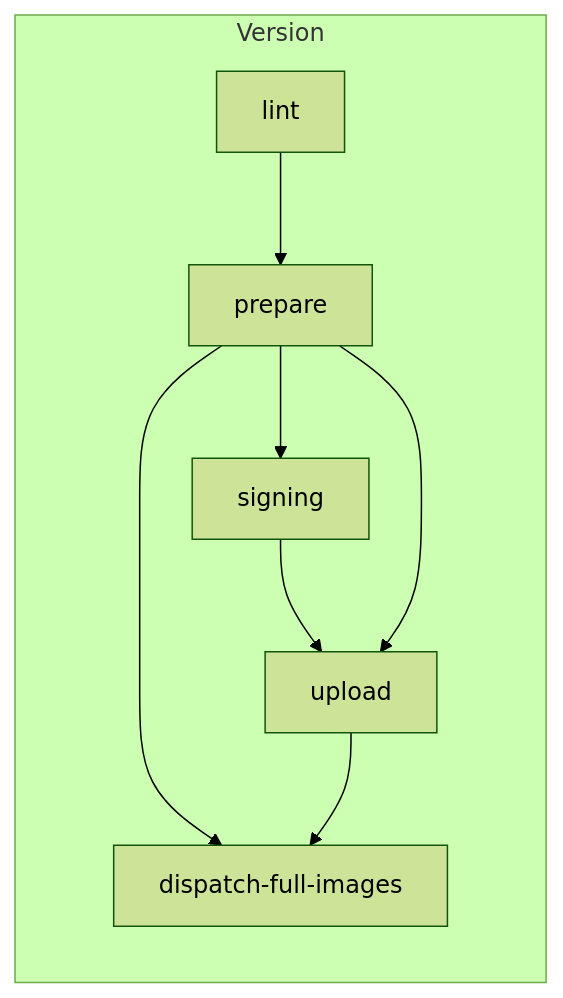
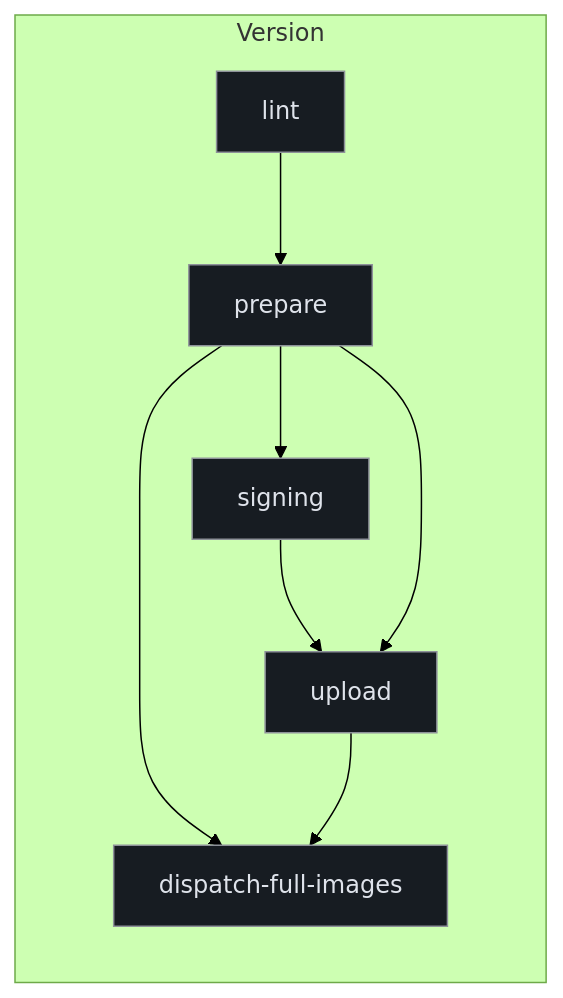
One commit to kumarshaz/atruss-code-atlas changed the second of 2 diagrams in exports/latest/reports/home-assistant-version-report.md. Above: the diagram before and after it, drawn with Mermaid (forest theme). The commit also changed other lines of this file and 331 other files, not shown here.

Commit message:
docs,ui,fix: update SDLC docs, reorder CI/CD DAG first, stylize Mermaid, and fix Arc42 pipeline topology

````diff
--- a/exports/latest/reports/home-assistant-version-report.md
+++ b/exports/latest/reports/home-assistant-version-report.md
@@ -67,17 +71,24 @@
 ```mermaid
 graph TD;
+  classDef atlasRoot fill:#004882,stroke:#a3c9ff,stroke-width:2px,color:#d3e4ff
+  classDef atlasCategory fill:#212428,stroke:#E87A48,stroke-width:1.5px,color:#dfe3eb
+  classDef atlasWorkflow fill:#1b2026,stroke:#a3c9ff,stroke-width:1.5px,color:#dfe3eb
+  classDef atlasJob fill:#171c22,stroke:#8d9199,stroke-width:1px,color:#dfe3eb
+  classDef atlasTarget fill:#005227,stroke:#8bd99b,stroke-width:1.5px,color:#a7f6b6
+  classDef atlasAlert fill:#93000a,stroke:#ffb4ab,stroke-width:1.5px,color:#ffdad6
+  classDef atlasMore fill:#252a31,stroke:#8d9199,stroke-dasharray:4 4,color:#c3c6cf
   subgraph Version_0["Version"]
     direction TB
-    0_lint["lint"]
-    0_prepare["prepare"]
+    0_lint["lint"]:::atlasJob
+    0_prepare["prepare"]:::atlasJob
     0_lint --> 0_prepare
-    0_signing["signing"]
+    0_signing["signing"]:::atlasJob
     0_prepare --> 0_signing
-    0_upload["upload"]
+    0_upload["upload"]:::atlasJob
     0_signing --> 0_upload
     0_prepare --> 0_upload
-    0_dispatch_full_images["dispatch-full-images"]
+    0_dispatch_full_images["dispatch-full-images"]:::atlasJob
     0_prepare --> 0_dispatch_full_images
     0_upload --> 0_dispatch_full_images
   end
 ```
````
